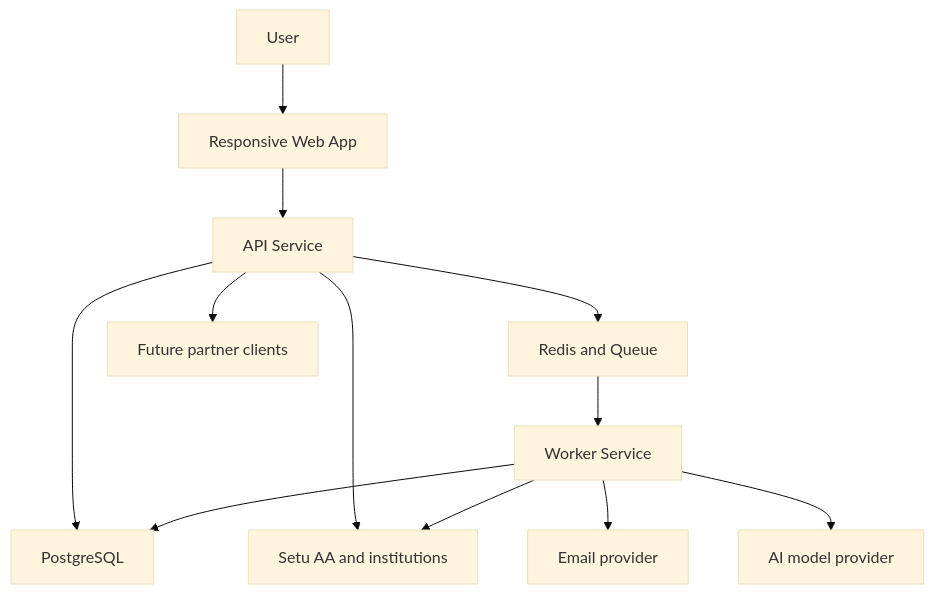
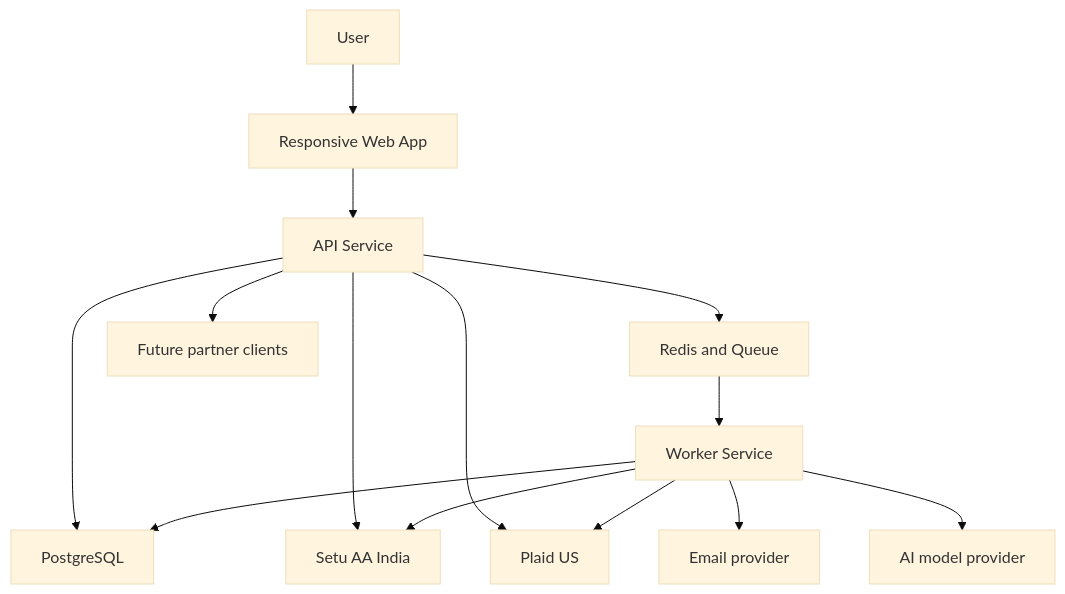
Before and after one commit to harrychauhaneducationusa/subscriptionmanagement: the diagram in docs/architecture/integration-landscape.md, drawn with Mermaid (base theme). The commit also changed other lines of this file and 101 other files, not shown here.

````diff
--- a/docs/architecture/integration-landscape.md
+++ b/docs/architecture/integration-landscape.md
@@ -52,25 +56,28 @@
 ```mermaid
 flowchart TD
   user[User]
   web[Responsive Web App]
   api[API Service]
   worker[Worker Service]
   db[PostgreSQL]
   cache[Redis and Queue]
-  aa[Setu AA and institutions]
+  setu[Setu AA India]
+  plaid[Plaid US]
   email[Email provider]
   ai[AI model provider]
   partner[Future partner clients]
 
   user --> web
   web --> api
   api --> db
   api --> cache
-  api --> aa
+  api --> setu
+  api --> plaid
   api --> partner
   cache --> worker
   worker --> db
-  worker --> aa
+  worker --> setu
+  worker --> plaid
   worker --> email
   worker --> ai
 ```
````
